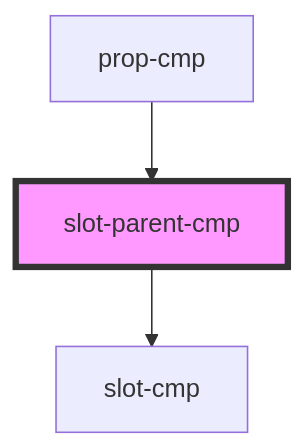
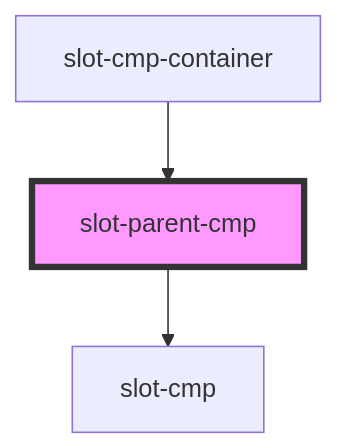
Before and after one commit to ionic-team/stencil: the diagram in test/end-to-end/src/slot-parent-cmp/readme.md, drawn with Mermaid. The commit also changed other lines of this file and 11 other files, not shown here.

````diff
--- a/test/end-to-end/src/slot-parent-cmp/readme.md
+++ b/test/end-to-end/src/slot-parent-cmp/readme.md
@@ -19,6 +26,6 @@
 ```mermaid
 graph TD;
   slot-parent-cmp --> slot-cmp
-  prop-cmp --> slot-parent-cmp
+  slot-cmp-container --> slot-parent-cmp
   style slot-parent-cmp fill:#f9f,stroke:#333,stroke-width:4px
 ```
````
